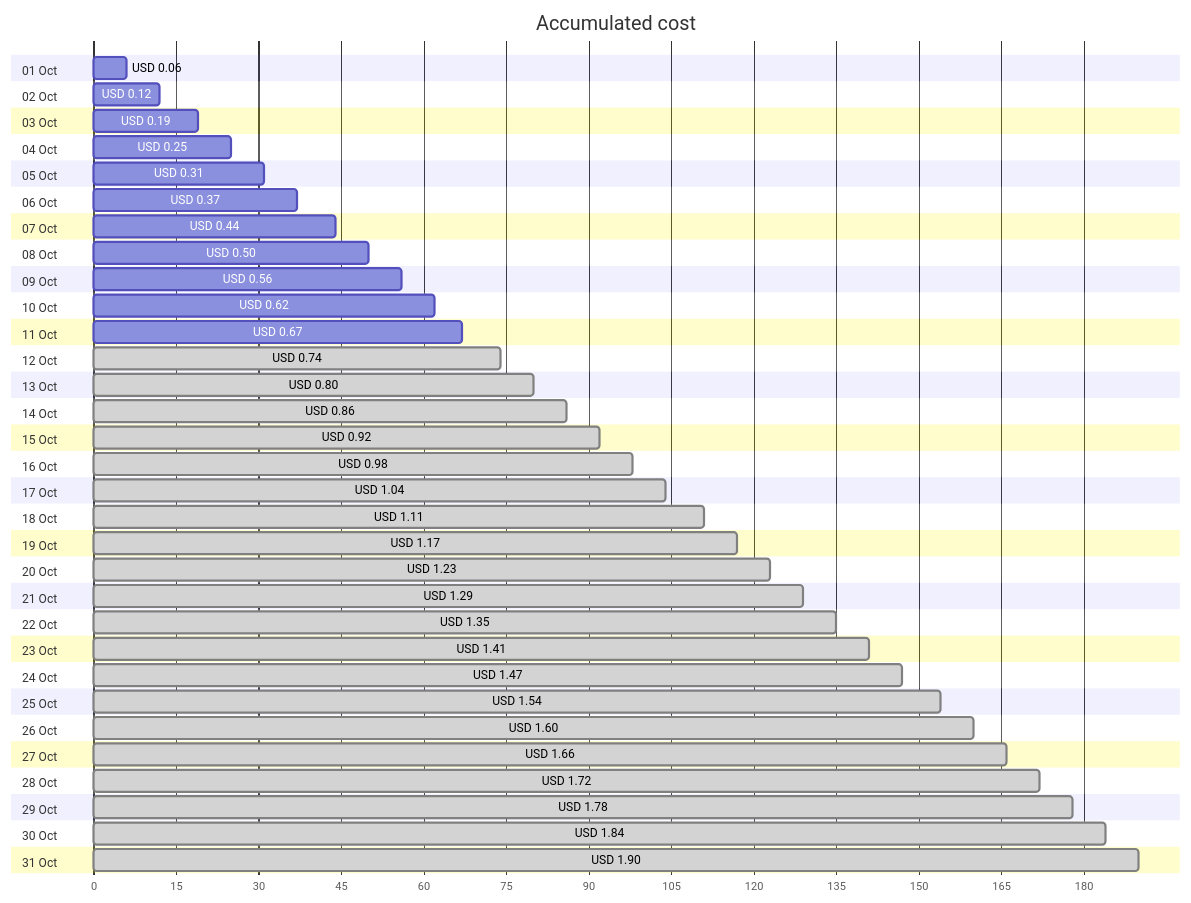
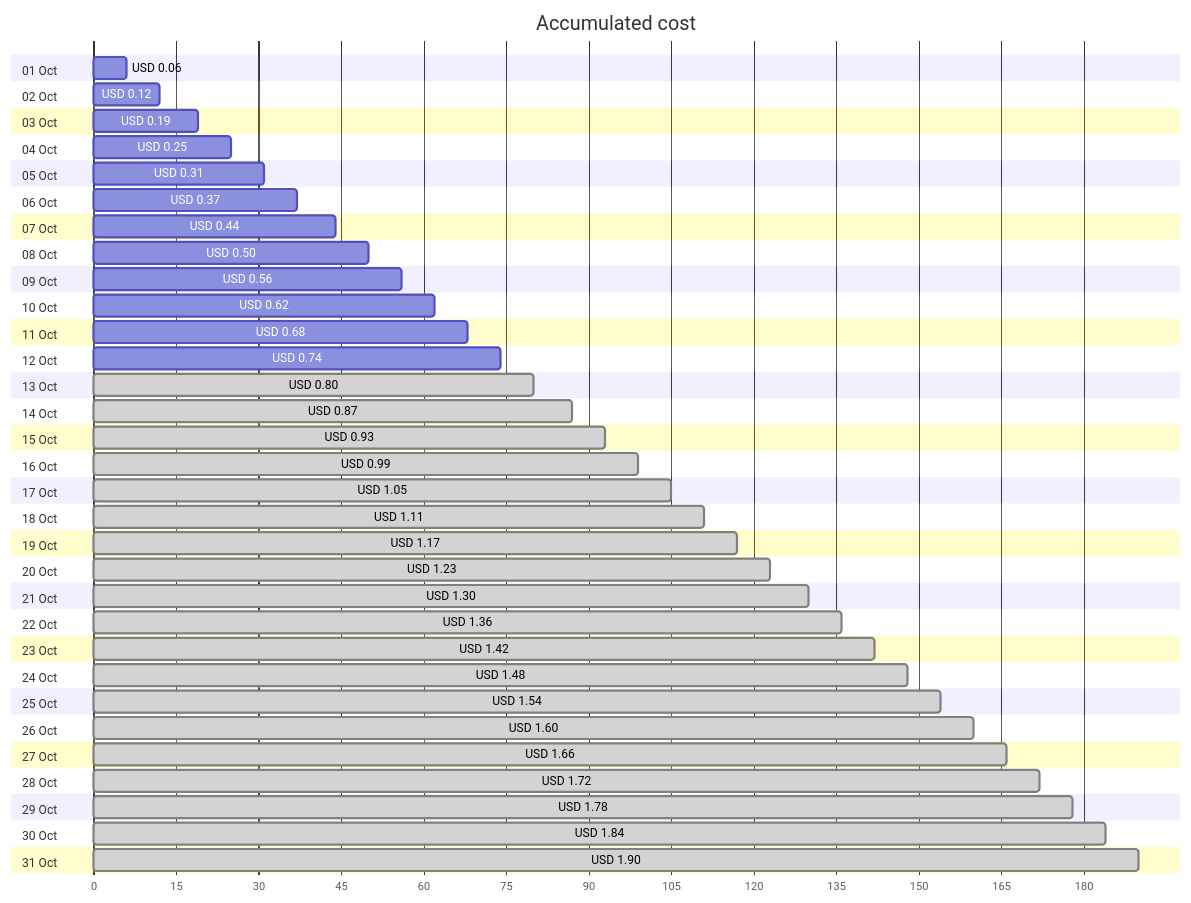
The first of 4 diagrams in cost-reports/personal-network/vpn-server_OsDisk.md (jpfulton/azure-personal-reports), drawn with Mermaid before and after one commit. The commit also changed other lines of this file and 8 other files, not shown here.

````diff
--- a/cost-reports/personal-network/vpn-server_OsDisk.md
+++ b/cost-reports/personal-network/vpn-server_OsDisk.md
@@ -20,68 +20,68 @@
 ```mermaid
 gantt
    title Accumulated cost
    dateFormat  X
    axisFormat %s
    section 01 Oct
    USD 0.06 :0, 6
    section 02 Oct
    USD 0.12 :0, 12
    section 03 Oct
    USD 0.19 :0, 19
    section 04 Oct
    USD 0.25 :0, 25
    section 05 Oct
    USD 0.31 :0, 31
    section 06 Oct
    USD 0.37 :0, 37
    section 07 Oct
    USD 0.44 :0, 44
    section 08 Oct
    USD 0.50 :0, 50
    section 09 Oct
    USD 0.56 :0, 56
    section 10 Oct
    USD 0.62 :0, 62
    section 11 Oct
-   USD 0.67 :0, 67
+   USD 0.68 :0, 68
    section 12 Oct
-   USD 0.74 : done, 0, 74
+   USD 0.74 :0, 74
    section 13 Oct
    USD 0.80 : done, 0, 80
    section 14 Oct
-   USD 0.86 : done, 0, 86
+   USD 0.87 : done, 0, 87
    section 15 Oct
-   USD 0.92 : done, 0, 92
+   USD 0.93 : done, 0, 93
    section 16 Oct
-   USD 0.98 : done, 0, 98
+   USD 0.99 : done, 0, 99
    section 17 Oct
-   USD 1.04 : done, 0, 104
+   USD 1.05 : done, 0, 105
    section 18 Oct
    USD 1.11 : done, 0, 111
    section 19 Oct
    USD 1.17 : done, 0, 117
    section 20 Oct
    USD 1.23 : done, 0, 123
    section 21 Oct
-   USD 1.29 : done, 0, 129
+   USD 1.30 : done, 0, 130
    section 22 Oct
-   USD 1.35 : done, 0, 135
+   USD 1.36 : done, 0, 136
    section 23 Oct
-   USD 1.41 : done, 0, 141
+   USD 1.42 : done, 0, 142
    section 24 Oct
-   USD 1.47 : done, 0, 147
+   USD 1.48 : done, 0, 148
    section 25 Oct
    USD 1.54 : done, 0, 154
    section 26 Oct
    USD 1.60 : done, 0, 160
    section 27 Oct
    USD 1.66 : done, 0, 166
    section 28 Oct
    USD 1.72 : done, 0, 172
    section 29 Oct
    USD 1.78 : done, 0, 178
    section 30 Oct
    USD 1.84 : done, 0, 184
    section 31 Oct
    USD 1.90 : done, 0, 190
 ```
````
